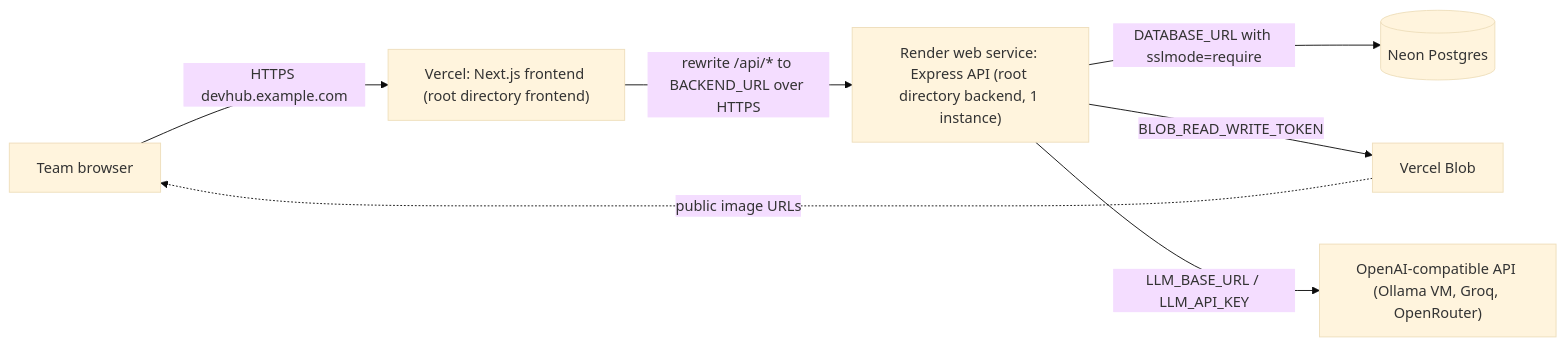
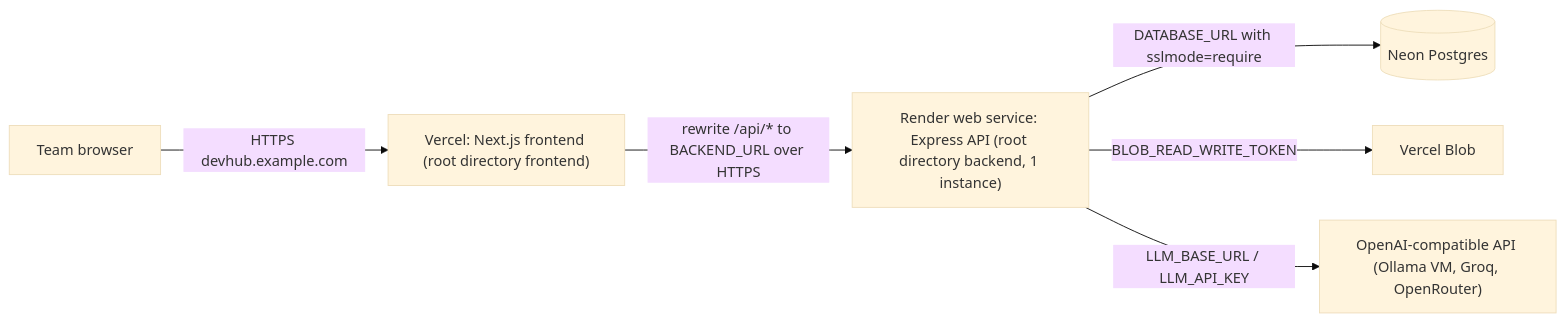
Before and after one commit to CKsisodia/devhub: the fourth of 4 diagrams in docs/TECHNICAL.md, drawn with Mermaid (base theme). The commit also changed other lines of this file and 15 other files, not shown here.

````diff
--- a/docs/TECHNICAL.md
+++ b/docs/TECHNICAL.md
@@ -743,9 +743,8 @@
 ```mermaid
 flowchart LR
   User["Team browser"] -->|"HTTPS devhub.example.com"| Vercel["Vercel: Next.js frontend (root directory frontend)"]
   Vercel -->|"rewrite /api/* to BACKEND_URL over HTTPS"| Render["Render web service: Express API (root directory backend, 1 instance)"]
   Render -->|"DATABASE_URL with sslmode=require"| Neon[("Neon Postgres")]
   Render -->|"BLOB_READ_WRITE_TOKEN"| Blob["Vercel Blob"]
   Render -->|"LLM_BASE_URL / LLM_API_KEY"| LLM["OpenAI-compatible API (Ollama VM, Groq, OpenRouter)"]
-  Blob -.->|"public image URLs"| User
 ```
````
